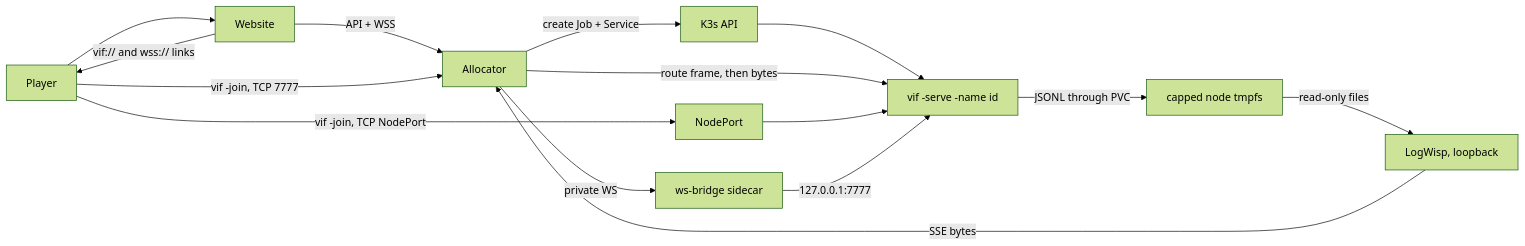
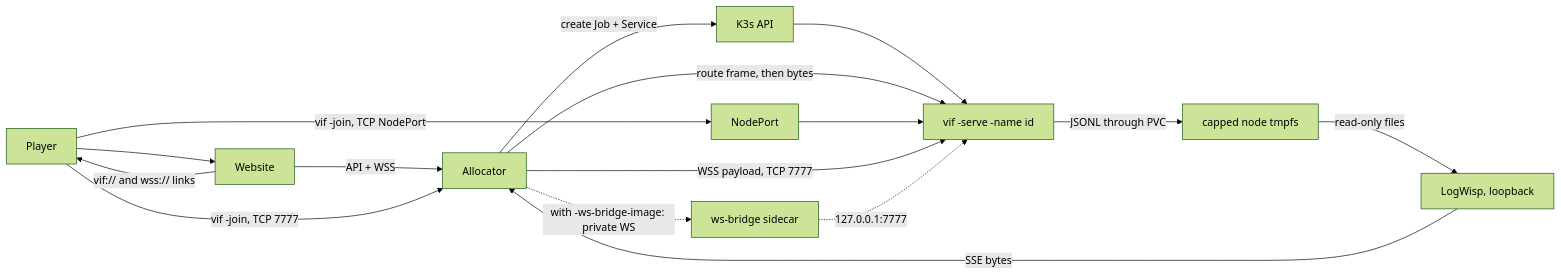
One commit to lixenwraith/vif changed the diagram in doc/kubernetes-fleet.md. Above: the diagram before and after it, drawn with Mermaid (forest theme). The commit also changed other lines of this file and 14 other files, not shown here.

````diff
--- a/doc/kubernetes-fleet.md
+++ b/doc/kubernetes-fleet.md
@@ -29,16 +29,17 @@
 ```mermaid
 flowchart LR
     Player["Player"] --> Site["Website"]
     Site -->|"API + WSS"| Alloc["Allocator"]
     Alloc -->|"create Job + Service"| API["K3s API"]
     API --> Pod["vif -serve -name id"]
     Site -->|"vif:// and wss:// links"| Player
     Player -->|"vif -join, TCP 7777"| Alloc
     Alloc -->|"route frame, then bytes"| Pod
     Player -->|"vif -join, TCP NodePort"| NP["NodePort"] --> Pod
-    Alloc -->|"private WS"| Bridge["ws-bridge sidecar"]
-    Bridge -->|"127.0.0.1:7777"| Pod
+    Alloc -->|"WSS payload, TCP 7777"| Pod
+    Alloc -.->|"with -ws-bridge-image: private WS"| Bridge["ws-bridge sidecar"]
+    Bridge -.->|"127.0.0.1:7777"| Pod
     Pod -->|"JSONL through PVC"| Logs["capped node tmpfs"]
     Logs -->|"read-only files"| Wisp["LogWisp, loopback"]
     Wisp -->|"SSE bytes"| Alloc
 ```
````
